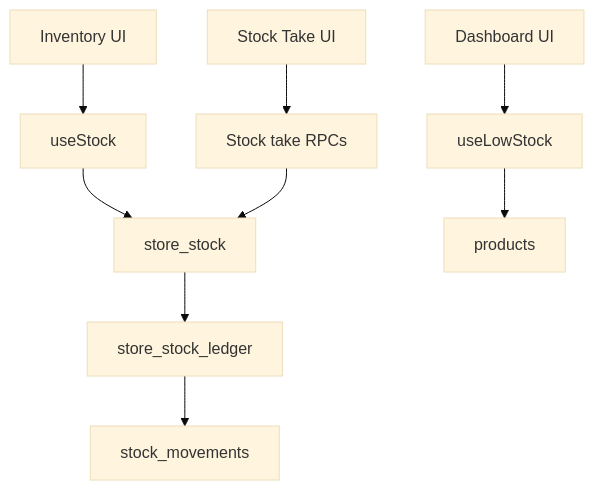
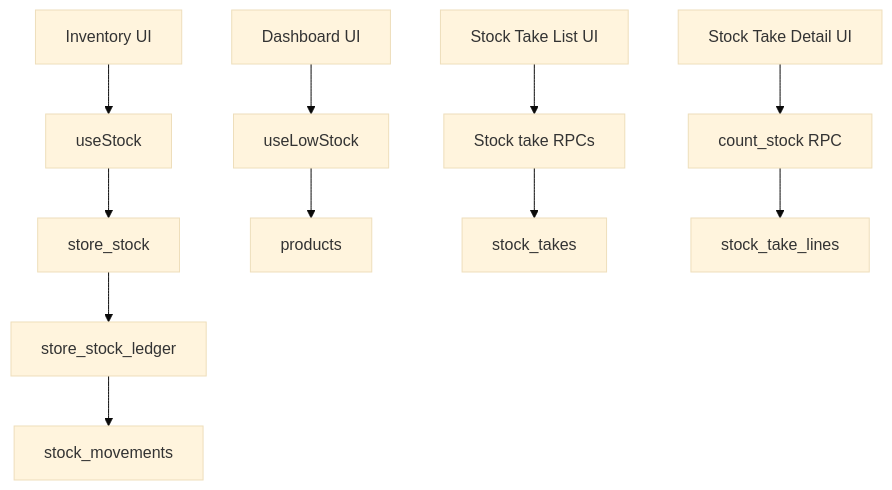
Diagram 11 of 11 in .qoder/repowiki/en/content/Inventory Management/Stock Tracking & Inventory Levels.md (themclloyd/storq), drawn with Mermaid (base theme) before and after one commit. The commit also changed other lines of this file and 27 other files, not shown here.

First line of the commit message:
feat(stocktake): restructure stock take workflow into two separate views

````diff
--- a/.qoder/repowiki/en/content/Inventory Management/Stock Tracking & Inventory Levels.md
+++ b/.qoder/repowiki/en/content/Inventory Management/Stock Tracking & Inventory Levels.md
@@ -386,11 +435,13 @@
 ```mermaid
 graph TB
 UI_INV["Inventory UI"] --> H_STOCK["useStock"]
 UI_DASH["Dashboard UI"] --> H_LOW["useLowStock"]
-UI_STK["Stock Take UI"] --> RPC_TAKE["Stock take RPCs"]
+UI_STK_LIST["Stock Take List UI"] --> RPC_TAKE["Stock take RPCs"]
+UI_STK_DETAIL["Stock Take Detail UI"] --> RPC_COUNT["count_stock RPC"]
 H_STOCK --> DB_SS["store_stock"]
 H_LOW --> DB_PR["products"]
-RPC_TAKE --> DB_SS
+RPC_TAKE --> DB_STK["stock_takes"]
+RPC_COUNT --> DB_STKL["stock_take_lines"]
 DB_SS --> TRIG["store_stock_ledger"]
 TRIG --> DB_SM["stock_movements"]
 ```
````
